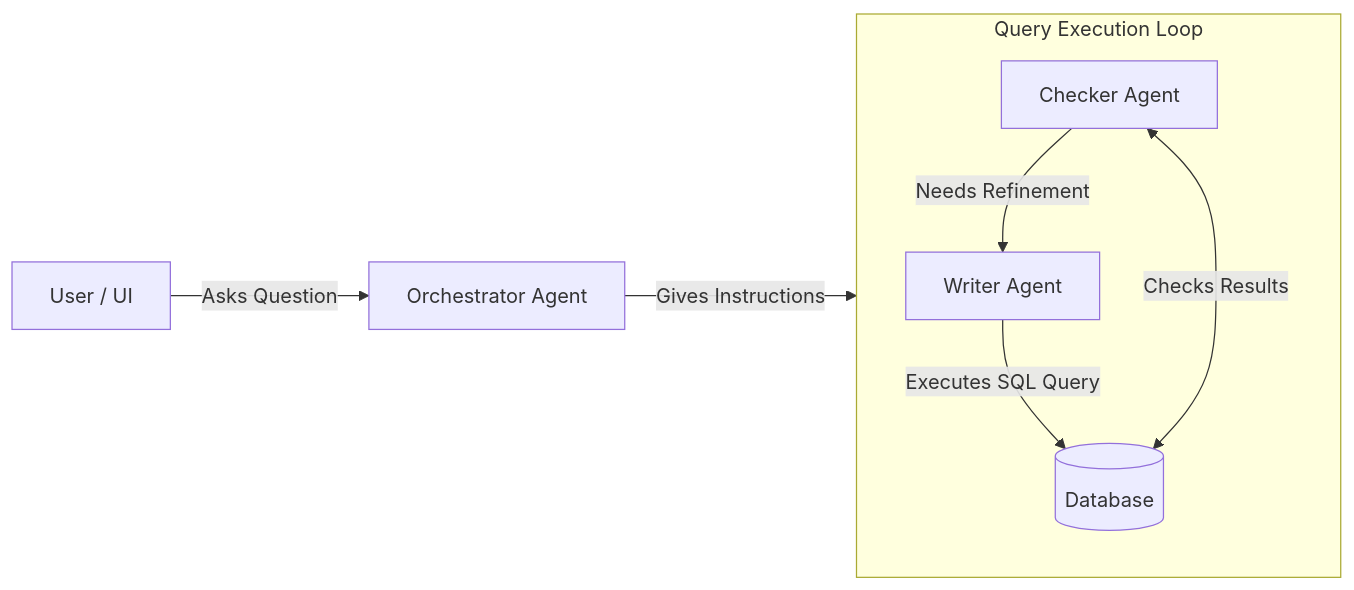
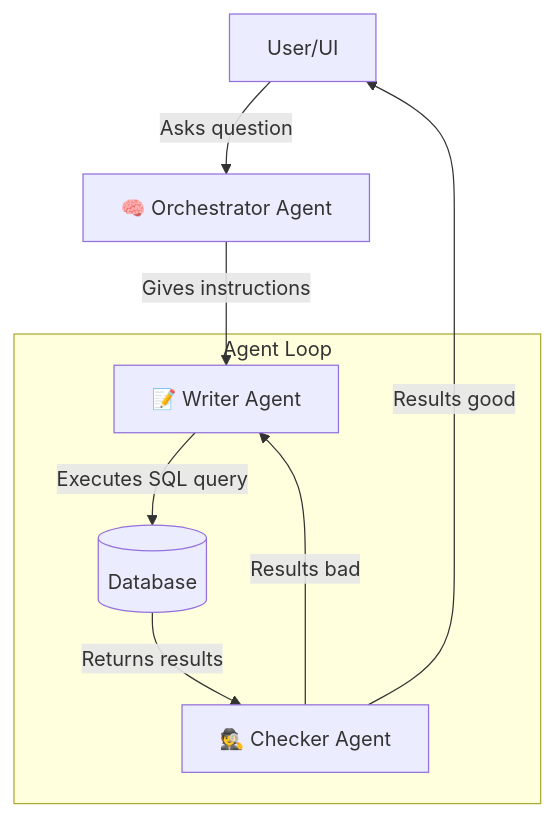
One commit to typetwo-ai/typetwo-public changed the first of 2 diagrams in README.md. Above: the diagram before and after it, drawn with Mermaid. The commit also changed other lines of this file, not shown here.

````diff
--- a/README.md
+++ b/README.md
@@ -37,14 +23,16 @@
 ```mermaid
-graph LR
-    %% Frontend
-    User[User / UI] -->|Asks Question| Orchestrator[Orchestrator Agent]
-    Orchestrator -->|Gives Instructions| Writer[Writer Agent]
-
-    %% Backend - Query Execution Loop
-    subgraph QueryLoop["Query Execution Loop"]
-        direction TB  %% Forces vertical stacking inside this subgraph
-        Writer -->|Executes SQL Query| Database[(Database)]
-        Checker[Checker Agent] <-->|Checks Results| Database
-        Checker -- Needs Refinement --> Writer
+graph TB
+    User[User/UI] -->|Asks question| Orchestrator[🧠 Orchestrator Agent]
+    
+    subgraph Agent Loop
+        Writer["📝 Writer Agent"]
+        Checker[🕵️ Checker Agent]
+        Database[(Database)]
     end
+    
+    Orchestrator -->|Gives instructions| Writer
+    Writer -->|Executes SQL query| Database
+    Database -->|Returns results| Checker
+    Checker -->|Results bad| Writer
+    Checker -->|Results good| User
 ```
````
